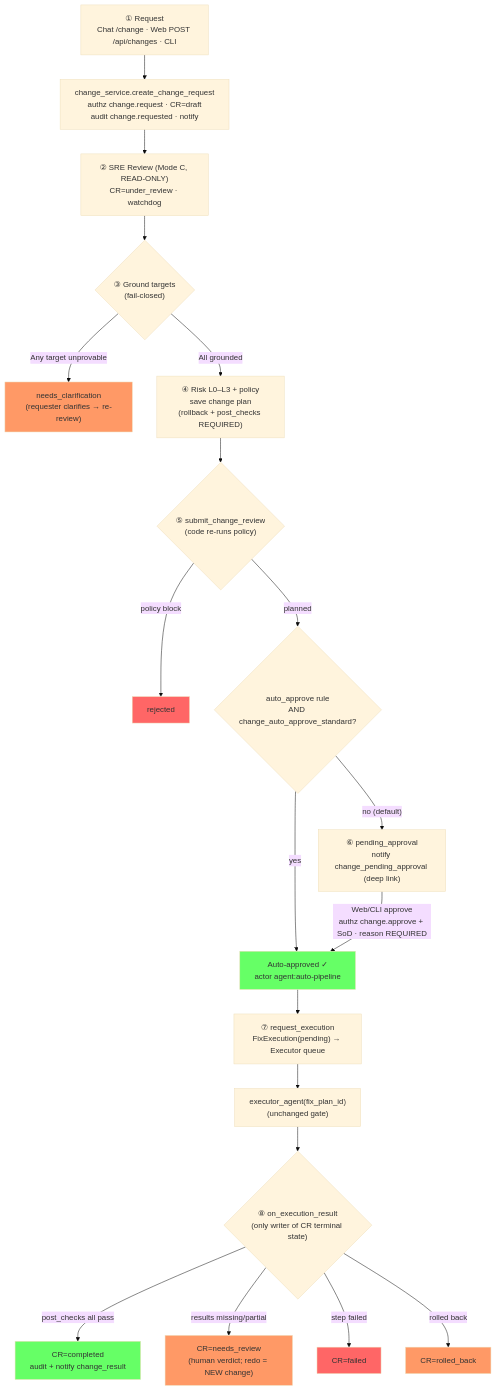
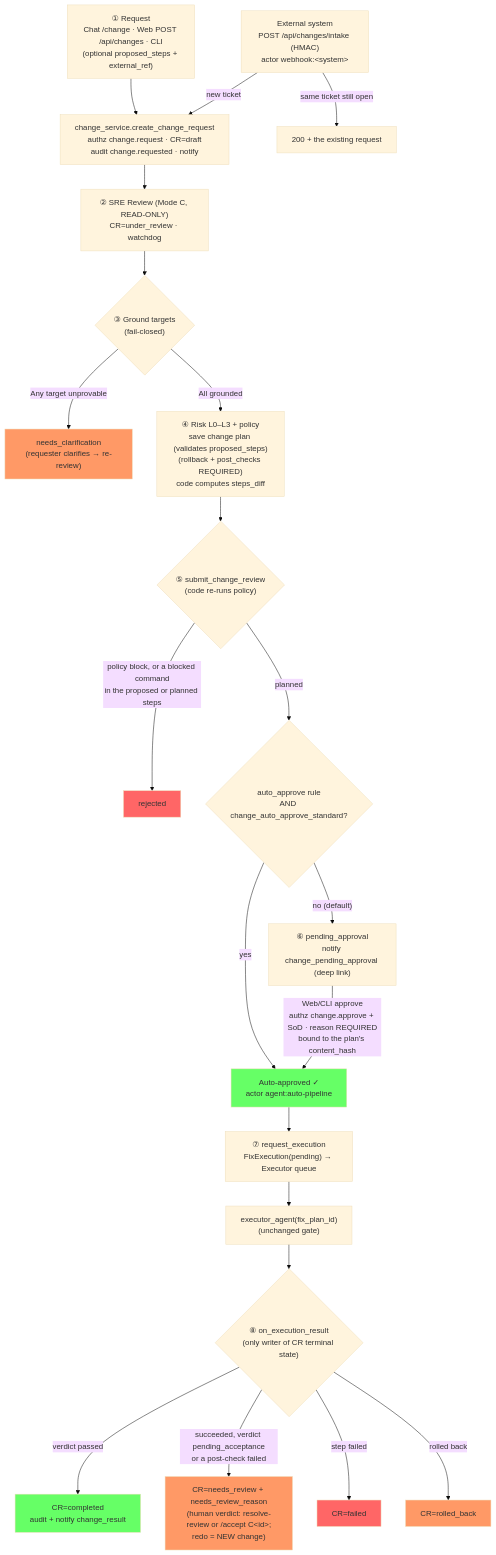
One commit to LiboMa/agenticops-chat changed the ninth of 21 diagrams in docs/WORKFLOW.md. Above: the diagram before and after it, drawn with Mermaid (base theme). The commit also changed other lines of this file and 3 other files, not shown here.

Commit message:
docs(issue-change): MVP-2.6.1 issue/change logic — lifecycle diagram matches the transitions, verdict + acceptance, intake, plan read tools (README/README_CN in sync)

````diff
--- a/docs/WORKFLOW.md
+++ b/docs/WORKFLOW.md
@@ -405,34 +425,36 @@
 ```mermaid
 flowchart TD
-    REQ["① Request<br/>Chat /change · Web POST /api/changes · CLI"] --> CREATE["change_service.create_change_request<br/>authz change.request · CR=draft<br/>audit change.requested · notify"]
+    REQ["① Request<br/>Chat /change · Web POST /api/changes · CLI<br/>(optional proposed_steps + external_ref)"] --> CREATE["change_service.create_change_request<br/>authz change.request · CR=draft<br/>audit change.requested · notify"]
+    INTAKE["External system<br/>POST /api/changes/intake (HMAC)<br/>actor webhook:&lt;system&gt;"] -->|"new ticket"| CREATE
+    INTAKE -->|"same ticket still open"| SAME["200 + the existing request"]
     CREATE --> REVIEW["② SRE Review (Mode C, READ-ONLY)<br/>CR=under_review · watchdog"]
 
     REVIEW --> GROUND{"③ Ground targets<br/>(fail-closed)"}
     GROUND -->|"Any target unprovable"| CLARIFY["needs_clarification<br/>(requester clarifies → re-review)"]
-    GROUND -->|"All grounded"| PLAN["④ Risk L0–L3 + policy<br/>save change plan<br/>(rollback + post_checks REQUIRED)"]
+    GROUND -->|"All grounded"| PLAN["④ Risk L0–L3 + policy<br/>save change plan (validates proposed_steps)<br/>(rollback + post_checks REQUIRED)<br/>code computes steps_diff"]
 
     PLAN --> VERDICT{"⑤ submit_change_review<br/>(code re-runs policy)"}
-    VERDICT -->|"policy block"| REJECTED["rejected"]
+    VERDICT -->|"policy block, or a blocked command<br/>in the proposed or planned steps"| REJECTED["rejected"]
     VERDICT -->|"planned"| AUTO{"auto_approve rule<br/>AND change_auto_approve_standard?"}
 
     AUTO -->|"yes"| APPROVED["Auto-approved ✓<br/>actor agent:auto-pipeline"]
     AUTO -->|"no (default)"| PENDING["⑥ pending_approval<br/>notify change_pending_approval (deep link)"]
 
-    PENDING -->|"Web/CLI approve<br/>authz change.approve + SoD · reason REQUIRED"| APPROVED
+    PENDING -->|"Web/CLI approve<br/>authz change.approve + SoD · reason REQUIRED<br/>bound to the plan's content_hash"| APPROVED
     APPROVED --> QUEUE["⑦ request_execution<br/>FixExecution(pending) → Executor queue"]
     QUEUE --> EXEC["executor_agent(fix_plan_id)<br/>(unchanged gate)"]
     EXEC --> RESULT{"⑧ on_execution_result<br/>(only writer of CR terminal state)"}
 
-    RESULT -->|"post_checks all pass"| COMPLETED["CR=completed<br/>audit + notify change_result"]
-    RESULT -->|"results missing/partial"| NEEDSREVIEW["CR=needs_review<br/>(human verdict; redo = NEW change)"]
+    RESULT -->|"verdict passed"| COMPLETED["CR=completed<br/>audit + notify change_result"]
+    RESULT -->|"succeeded, verdict pending_acceptance<br/>or a post-check failed"| NEEDSREVIEW["CR=needs_review + needs_review_reason<br/>(human verdict: resolve-review or /accept C&lt;id&gt;;<br/>redo = NEW change)"]
     RESULT -->|"step failed"| FAILED["CR=failed"]
     RESULT -->|"rolled back"| ROLLEDBACK["CR=rolled_back"]
 
     style CLARIFY fill:#f96
     style REJECTED fill:#f66
     style FAILED fill:#f66
     style ROLLEDBACK fill:#f96
     style NEEDSREVIEW fill:#f96
     style APPROVED fill:#6f6
     style COMPLETED fill:#6f6
 ```
````
